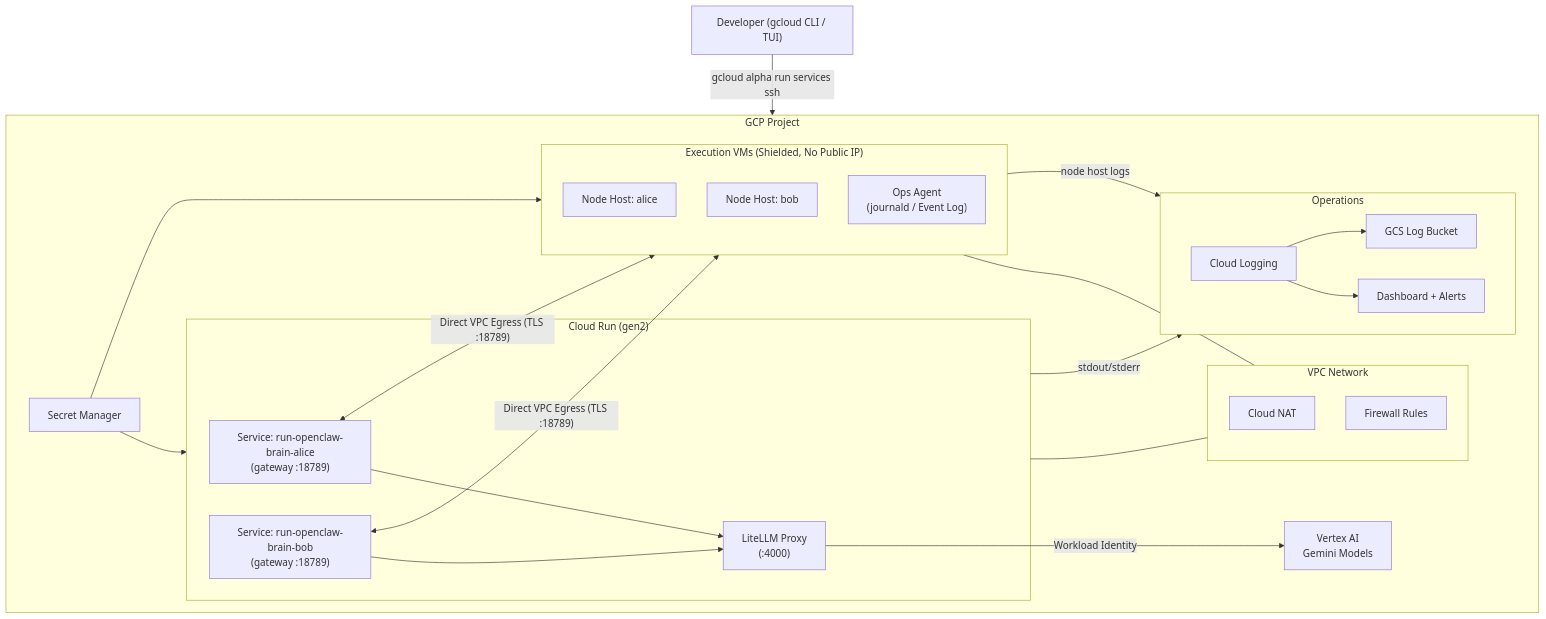
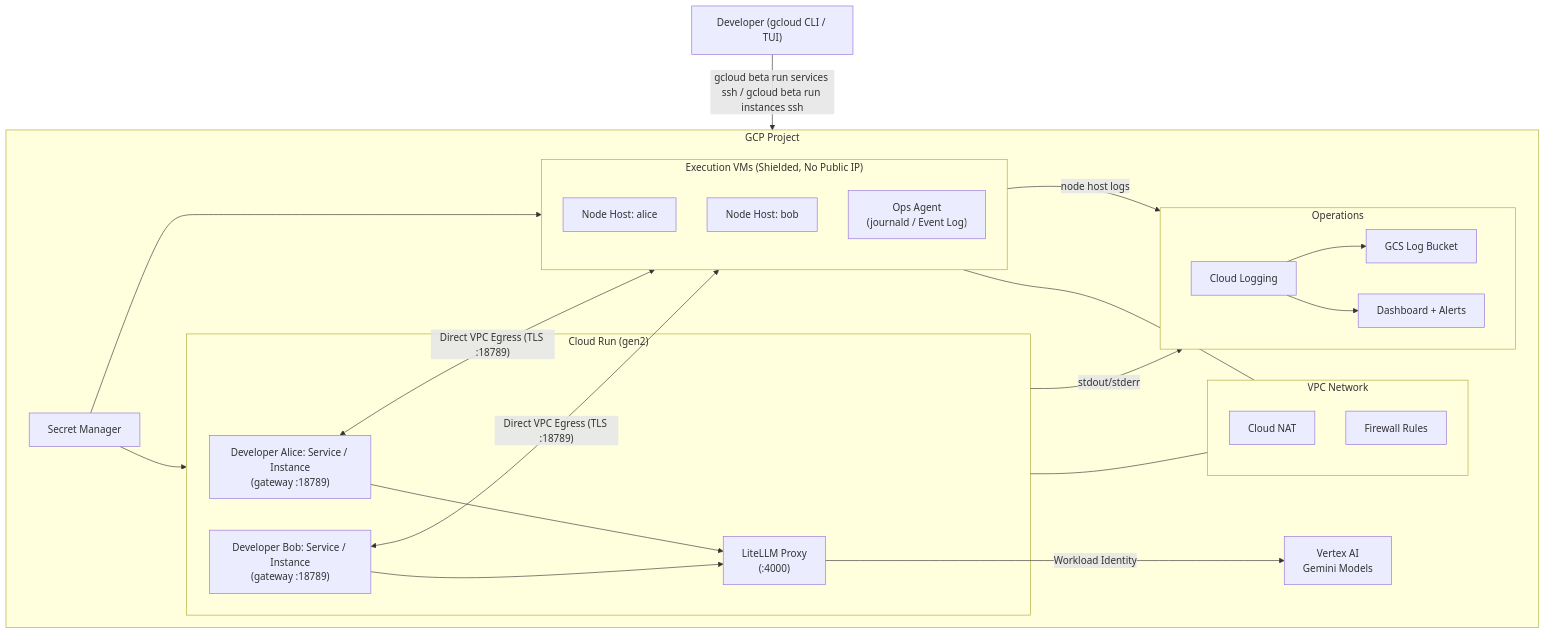
Before and after one commit to t2tse/openclaw-cloudrun: the second of 4 diagrams in README.md, drawn with Mermaid. The commit also changed other lines of this file, not shown here.

Commit message:
Add Cloud Run instances deployment option

````diff
--- a/README.md
+++ b/README.md
@@ -100,52 +101,52 @@
 ```mermaid
 graph TD
     Dev["Developer (gcloud CLI / TUI)"]
 
-    Dev -->|"gcloud alpha run services ssh"| GCP
+    Dev -->|"gcloud beta run services ssh / gcloud beta run instances ssh"| GCP
 
     subgraph GCP["GCP Project"]
 
         subgraph CR["Cloud Run (gen2)"]
-            SvcA["Service: run-openclaw-brain-alice\n(gateway :18789)"]
-            SvcB["Service: run-openclaw-brain-bob\n(gateway :18789)"]
+            SvcA["Developer Alice: Service / Instance\n(gateway :18789)"]
+            SvcB["Developer Bob: Service / Instance\n(gateway :18789)"]
             LITELLM["LiteLLM Proxy\n(:4000)"]
             SvcA --> LITELLM
             SvcB --> LITELLM
         end
 
         subgraph VM["Execution VMs (Shielded, No Public IP)"]
             direction TB
             NH_A["Node Host: alice"]
             NH_B["Node Host: bob"]
             OPS["Ops Agent\n(journald / Event Log)"]
         end
 
         SvcA <-->|"Direct VPC Egress (TLS :18789)"| NH_A
         SvcB <-->|"Direct VPC Egress (TLS :18789)"| NH_B
 
         LITELLM -->|"Workload Identity"| Vertex["Vertex AI\nGemini Models"]
 
         SM["Secret Manager"] --> CR
         SM --> VM
 
         subgraph Ops["Operations"]
             direction LR
             Logging["Cloud Logging"]
             GCSLog["GCS Log Bucket"]
             Mon["Dashboard + Alerts"]
             Logging --> GCSLog
             Logging --> Mon
         end
 
         CR -->|"stdout/stderr"| Logging
         OPS -->|"node host logs"| Logging
 
         subgraph Net["VPC Network"]
             NAT["Cloud NAT"]
             FW["Firewall Rules"]
         end
 
         CR --- Net
         VM --- Net
     end
 ```
````
